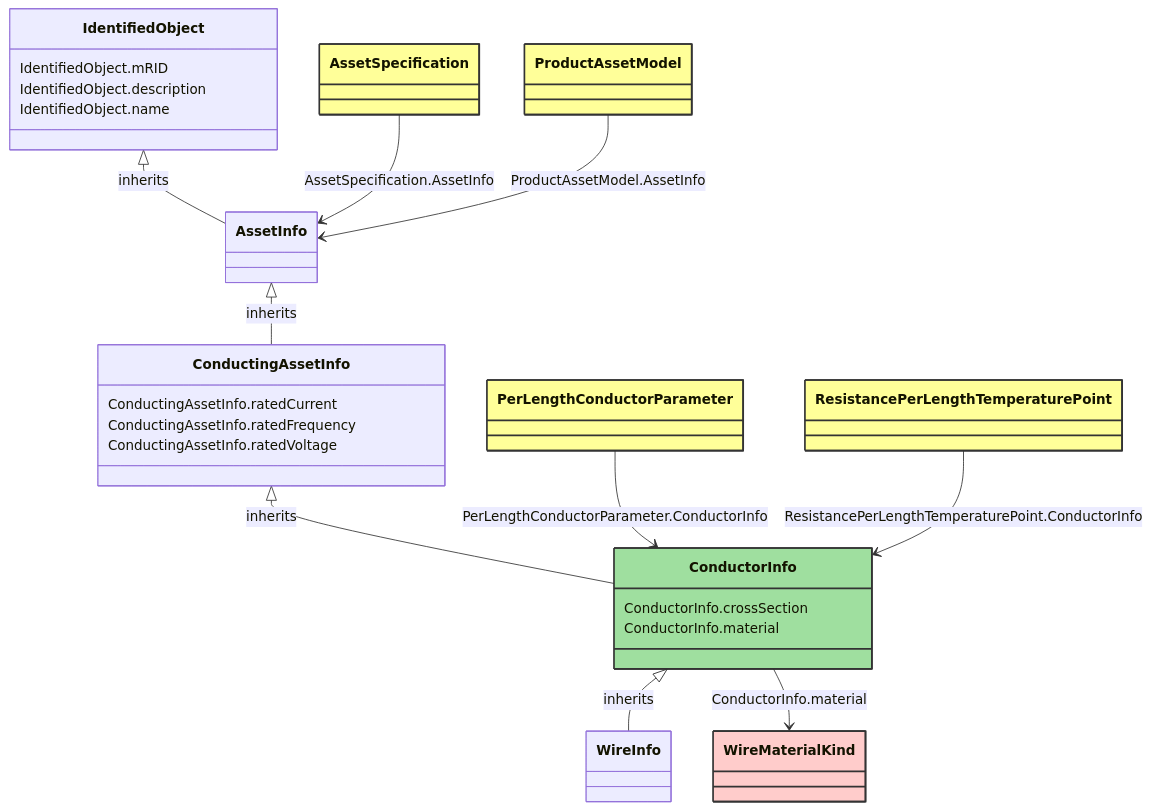
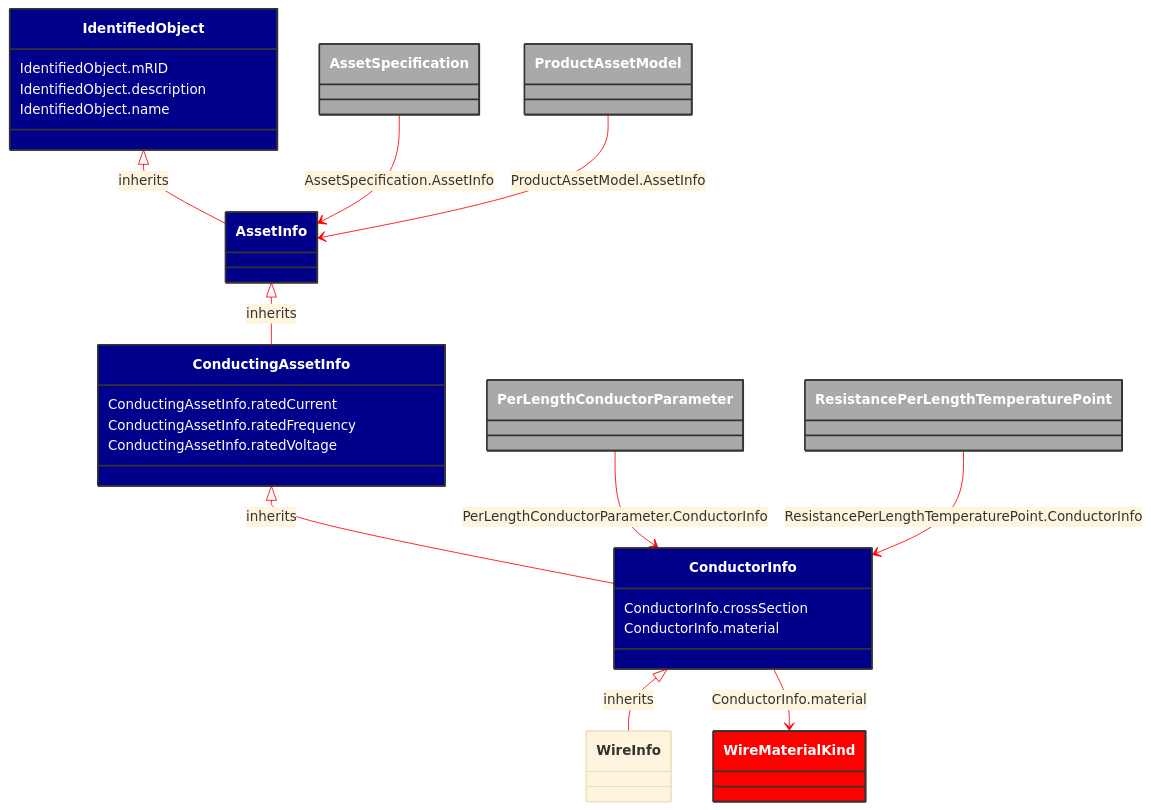
The diagram in docs/Models/Profiles/SubseaCableInfo/AbstractClasses/ConductorInfo.md (3lbits/NoCIMExtensions), drawn with Mermaid before and after one commit. The commit also changed 58 other files, not shown here.

````diff
--- a/docs/Models/Profiles/SubseaCableInfo/AbstractClasses/ConductorInfo.md
+++ b/docs/Models/Profiles/SubseaCableInfo/AbstractClasses/ConductorInfo.md
@@ -10,66 +10,67 @@
 ```mermaid
+%%{init: {'theme':'base','themeVariables': {'lineColor': '#FF0000'}}}%%
 classDiagram
     class ConductorInfo
     click ConductorInfo href "/Models/Profiles/SubseaCableInfo/AbstractClasses/ConductorInfo/"
-    style ConductorInfo fill:#9fdf9f,stroke:#333,stroke-width:2px,rx:10,ry:10
+    style ConductorInfo fill:#006400,stroke:#333,stroke-width:2px,rx:10,ry:10,color:white
 
         ConductorInfo <|-- WireInfo : inherits
             click ConductorInfo href "/Models/Profiles/SubseaCableInfo/AbstractClasses/ConductorInfo/"
-            style ConductorInfo rx:10,ry:10
+            style ConductorInfo fill:#00008B,stroke:#333,stroke-width:2px,rx:10,ry:10,color:white
 
         WireInfo
             click WireInfo href "/Models/Profiles/SubseaCableInfo/AbstractClasses/WireInfo/"
-            style WireInfo rx:10,ry:10
+            style ConductorInfo fill:#00008B,stroke:#333,stroke-width:2px,rx:10,ry:10,color:white
 
         ConductingAssetInfo <|-- ConductorInfo : inherits
             click ConductingAssetInfo href "/Models/Profiles/SubseaCableInfo/AbstractClasses/ConductingAssetInfo/"
-            style ConductingAssetInfo rx:10,ry:10
+            style ConductingAssetInfo fill:#00008B,stroke:#333,stroke-width:2px,rx:10,ry:10,color:white
 
         AssetInfo <|-- ConductingAssetInfo : inherits
             click AssetInfo href "/Models/Profiles/SubseaCableInfo/AbstractClasses/AssetInfo/"
-            style AssetInfo rx:10,ry:10
+            style AssetInfo fill:#00008B,stroke:#333,stroke-width:2px,rx:10,ry:10,color:white
 
         IdentifiedObject <|-- AssetInfo : inherits
             click IdentifiedObject href "/Models/Profiles/SubseaCableInfo/AbstractClasses/IdentifiedObject/"
-            style IdentifiedObject rx:10,ry:10
+            style IdentifiedObject fill:#00008B,stroke:#333,stroke-width:2px,rx:10,ry:10,color:white
 
 
         AssetSpecification --> AssetInfo : AssetSpecification.AssetInfo
 
         AssetSpecification
             click AssetSpecification href "/Models/Profiles/SubseaCableInfo/ConcreteClasses/AssetSpecification/"
-            style AssetSpecification fill:#ffff99,stroke:#333,stroke-width:2px,rx:10,ry:10
+            style AssetSpecification fill:#A9A9A9,stroke:#333,stroke-width:2px,rx:10,ry:10,color:white
 
         PerLengthConductorParameter --> ConductorInfo : PerLengthConductorParameter.ConductorInfo
 
         PerLengthConductorParameter
             click PerLengthConductorParameter href "/Models/Profiles/SubseaCableInfo/AbstractClasses/PerLengthConductorParameter/"
-            style PerLengthConductorParameter fill:#ffff99,stroke:#333,stroke-width:2px,rx:10,ry:10
+            style PerLengthConductorParameter fill:#A9A9A9,stroke:#333,stroke-width:2px,rx:10,ry:10,color:white
 
         ProductAssetModel --> AssetInfo : ProductAssetModel.AssetInfo
 
         ProductAssetModel
             click ProductAssetModel href "/Models/Profiles/SubseaCableInfo/ConcreteClasses/ProductAssetModel/"
-            style ProductAssetModel fill:#ffff99,stroke:#333,stroke-width:2px,rx:10,ry:10
+            style ProductAssetModel fill:#A9A9A9,stroke:#333,stroke-width:2px,rx:10,ry:10,color:white
 
         ResistancePerLengthTemperaturePoint --> ConductorInfo : ResistancePerLengthTemperaturePoint.ConductorInfo
 
         ResistancePerLengthTemperaturePoint
             click ResistancePerLengthTemperaturePoint href "/Models/Profiles/SubseaCableInfo/ConcreteClasses/ResistancePerLengthTemperaturePoint/"
-            style ResistancePerLengthTemperaturePoint fill:#ffff99,stroke:#333,stroke-width:2px,rx:10,ry:10
+            style ResistancePerLengthTemperaturePoint fill:#A9A9A9,stroke:#333,stroke-width:2px,rx:10,ry:10,color:white
 
         ConductorInfo --> WireMaterialKind : ConductorInfo.material
 
         WireMaterialKind
             click WireMaterialKind href "/Models/Profiles/SubseaCableInfo/Enumerations/WireMaterialKind/"
-            style WireMaterialKind fill:#FFCCCB,stroke:#333,stroke-width:2px,rx:10,ry:10
+            style WireMaterialKind fill:#FF0000,stroke:#333,stroke-width:2px,rx:10,ry:10,color:white
 
         ConductorInfo : ConductorInfo.crossSection
         ConductorInfo : ConductorInfo.material
         ConductingAssetInfo : ConductingAssetInfo.ratedCurrent
         ConductingAssetInfo : ConductingAssetInfo.ratedFrequency
         ConductingAssetInfo : ConductingAssetInfo.ratedVoltage
         IdentifiedObject : IdentifiedObject.mRID
         IdentifiedObject : IdentifiedObject.description
         IdentifiedObject : IdentifiedObject.name
 ```
````
